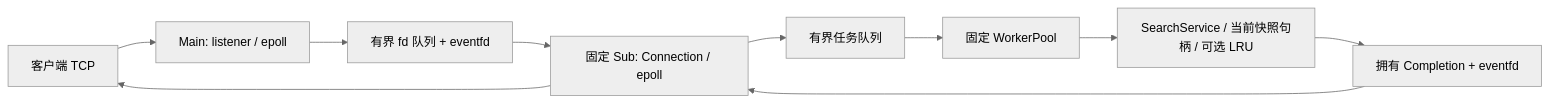
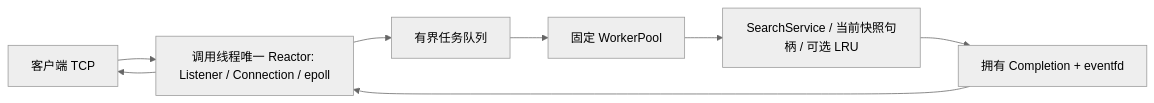
The second of 2 diagrams in docs/DESIGN.md (bitofux/siftwing), drawn with Mermaid (neutral theme) before and after one commit. The commit also changed other lines of this file and 48 other files, not shown here.

````diff
--- a/docs/DESIGN.md
+++ b/docs/DESIGN.md
@@ -25,12 +25,10 @@
 ```mermaid
 flowchart LR
-  P[客户端 TCP] --> M[Main: listener / epoll]
-  M --> H[有界 fd 队列 + eventfd]
-  H --> S[固定 Sub: Connection / epoll]
+  P[客户端 TCP] --> S[调用线程唯一 Reactor: Listener / Connection / epoll]
   S --> Q[有界任务队列]
   Q --> W[固定 WorkerPool]
   W --> B[SearchService / 当前快照句柄 / 可选 LRU]
   B --> C[拥有 Completion + eventfd]
   C --> S
   S --> P
 ```
````
